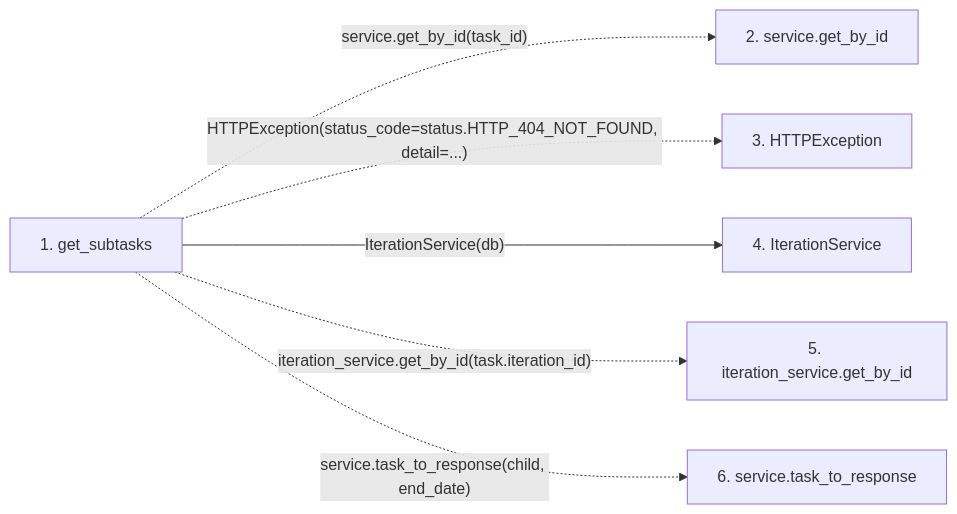
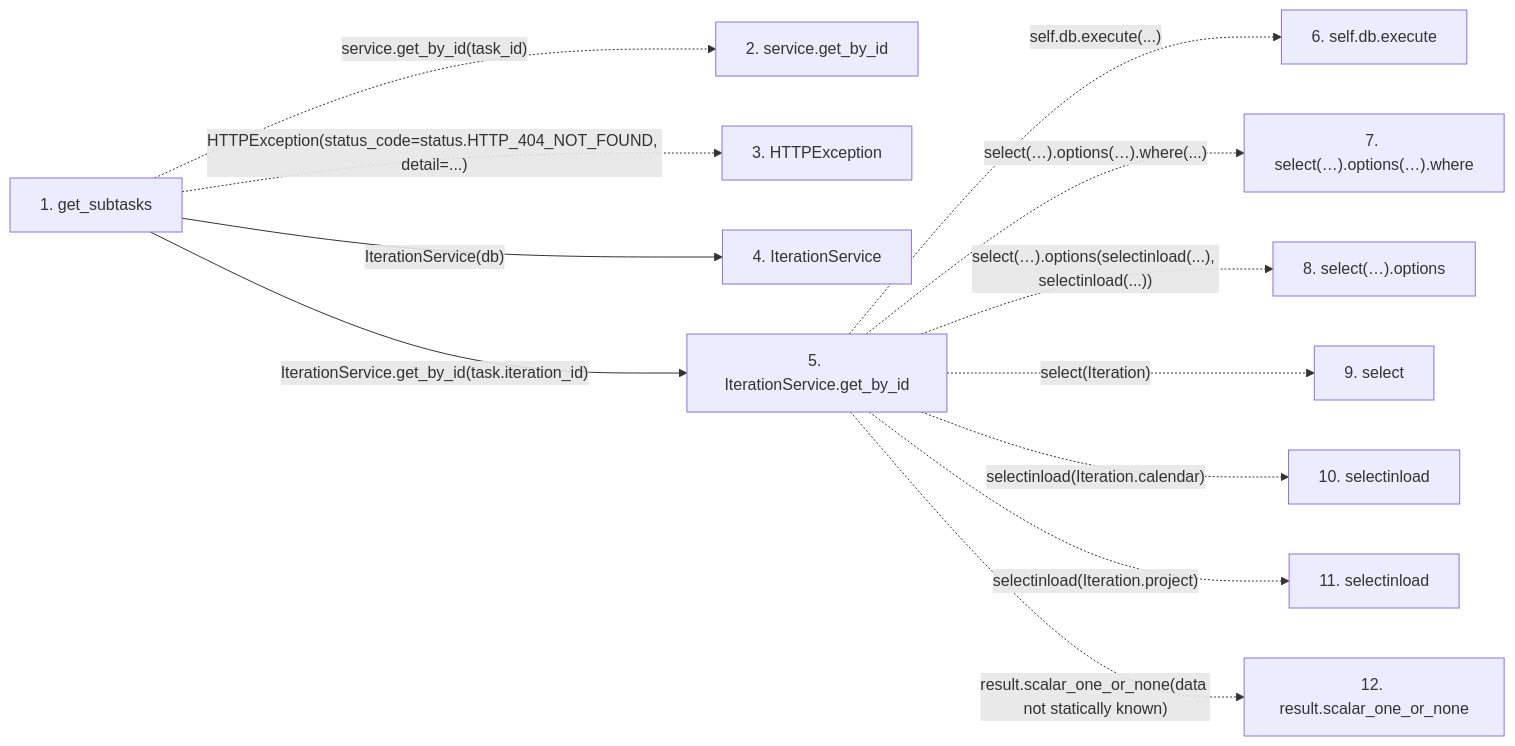
Before and after one commit to Denissvgn/WorkChord: the second of 2 diagrams in docs/llm_wiki/flows/http-get_subtasks.md, drawn with Mermaid. The commit also changed other lines of this file and 25171 other files, not shown here.

````diff
--- a/docs/llm_wiki/flows/http-get_subtasks.md
+++ b/docs/llm_wiki/flows/http-get_subtasks.md
@@ -28,16 +75,29 @@
 ```mermaid
 flowchart LR
     s1["1. get_subtasks"]
     s2["2. service.get_by_id"]
     s3["3. HTTPException"]
     s4["4. IterationService"]
-    s5["5. iteration_service.get_by_id"]
-    s6["6. service.task_to_response"]
+    s5["5. IterationService.get_by_id"]
+    s6["6. self.db.execute"]
+    s7["7. select(…).options(…).where"]
+    s8["8. select(…).options"]
+    s9["9. select"]
+    s10["10. selectinload"]
+    s11["11. selectinload"]
+    s12["12. result.scalar_one_or_none"]
     s1 -. "service.get_by_id(task_id)" .-> s2
     s1 -. "HTTPException(status_code=status.HTTP_404_NOT_FOUND, detail=...)" .-> s3
     s1 -->|"IterationService(db)"| s4
-    s1 -. "iteration_service.get_by_id(task.iteration_id)" .-> s5
-    s1 -. "service.task_to_response(child, end_date)" .-> s6
+    s1 -->|"IterationService.get_by_id(task.iteration_id)"| s5
+    s5 -. "self.db.execute(...)" .-> s6
+    s5 -. "select(…).options(…).where(...)" .-> s7
+    s5 -. "select(…).options(selectinload(...), selectinload(...))" .-> s8
+    s5 -. "select(Iteration)" .-> s9
+    s5 -. "selectinload(Iteration.calendar)" .-> s10
+    s5 -. "selectinload(Iteration.project)" .-> s11
+    s5 -. "result.scalar_one_or_none(data not statically known)" .-> s12
     click s1 "../modules/tasks.md"
     click s4 "../modules/iteration_service.md"
+    click s5 "../modules/iteration_service.md"
 ```
````
